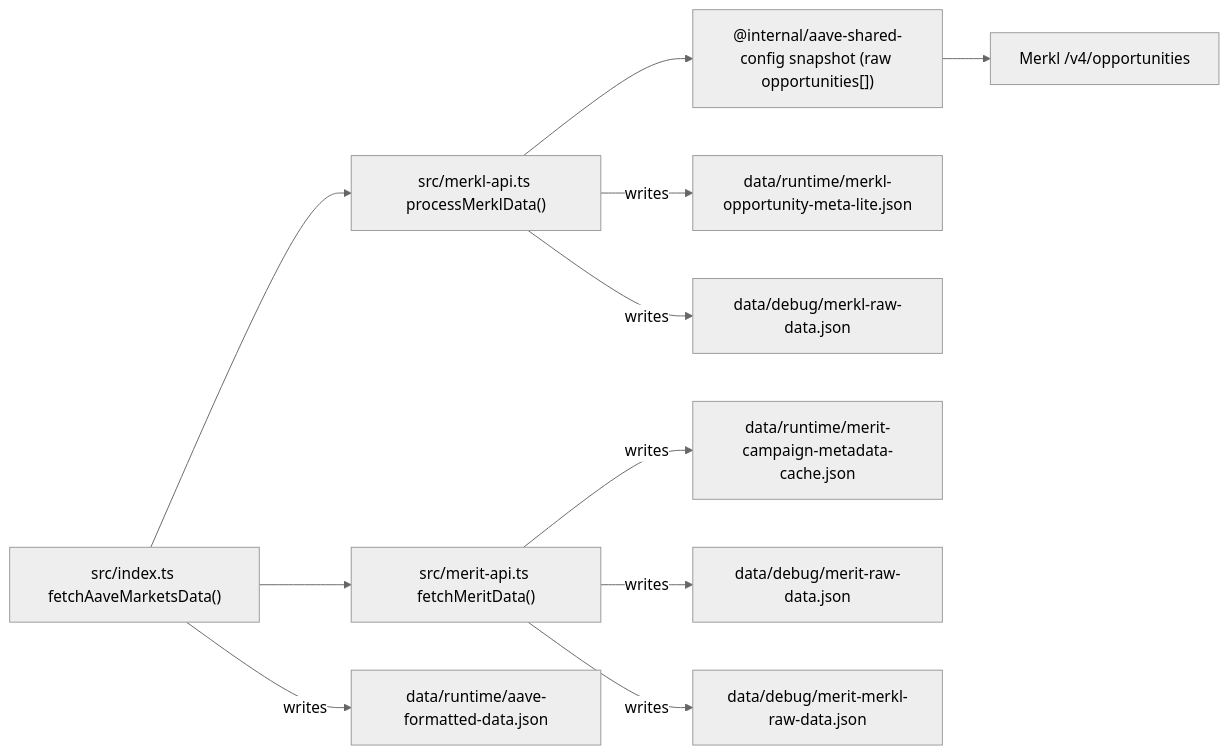
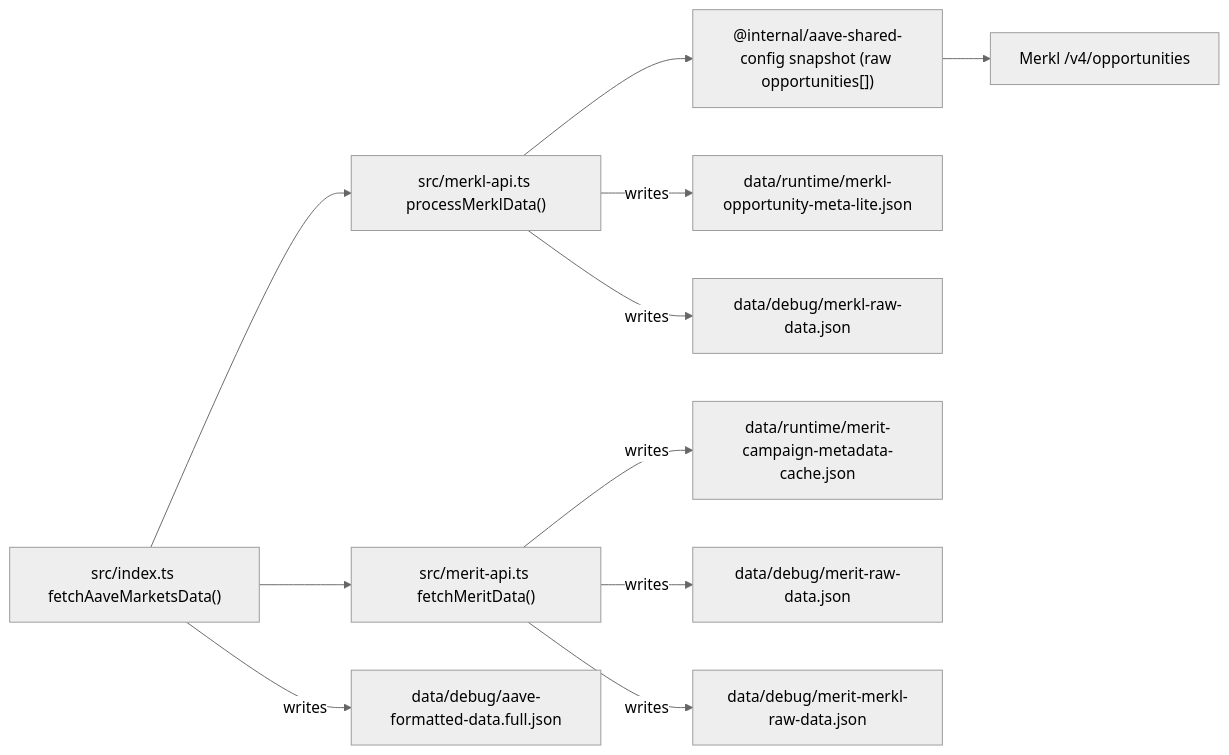
One commit to 0xPabloLI/aave-protocol-analysis changed the second of 7 diagrams in docs/merkl-merit-cache-architecture.md. Above: the diagram before and after it, drawn with Mermaid (neutral theme). The commit also changed other lines of this file and 8 other files, not shown here.

Commit message:
chore: classify aave-formatted output as debug artifact

````diff
--- a/docs/merkl-merit-cache-architecture.md
+++ b/docs/merkl-merit-cache-architecture.md
@@ -50,13 +50,13 @@
 ```mermaid
 flowchart LR
   A["src/index.ts fetchAaveMarketsData()"] --> B["src/merkl-api.ts processMerklData()"]
   B --> C["@internal/aave-shared-config snapshot (raw opportunities[])"]
   C --> D["Merkl /v4/opportunities"]
   B -- "writes" --> E["data/runtime/merkl-opportunity-meta-lite.json"]
   B -- "writes" --> F["data/debug/merkl-raw-data.json"]
   A --> G["src/merit-api.ts fetchMeritData()"]
   G -- "writes" --> H["data/runtime/merit-campaign-metadata-cache.json"]
   G -- "writes" --> I["data/debug/merit-raw-data.json"]
   G -- "writes" --> J["data/debug/merit-merkl-raw-data.json"]
-  A -- "writes" --> K["data/runtime/aave-formatted-data.json"]
+   A -- "writes" --> K["data/debug/aave-formatted-data.full.json"]
 ```
````
